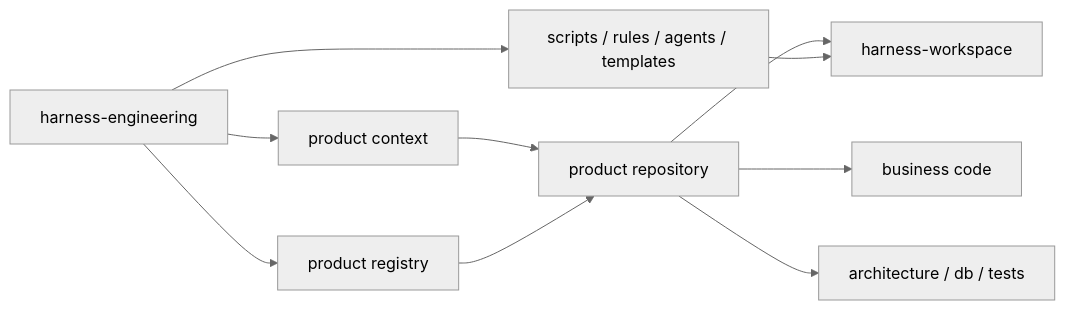
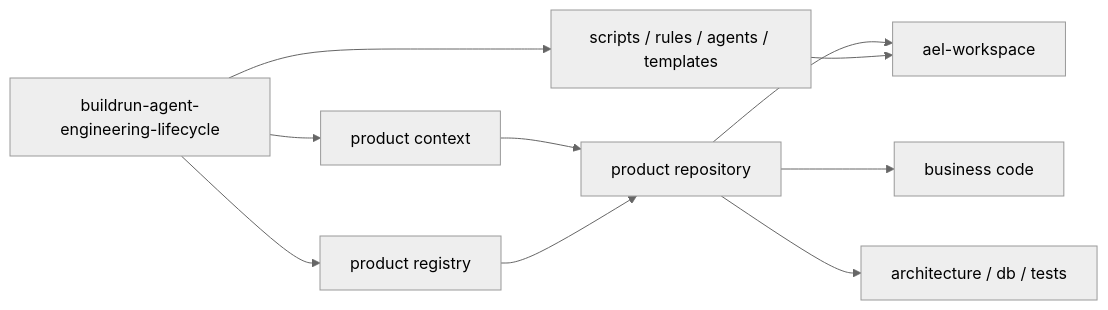
One commit to goBuildRun/harness-engineering changed the first of 3 diagrams in ARCHITECTURE.md. Above: the diagram before and after it, drawn with Mermaid (neutral theme). The commit also changed other lines of this file and 552 other files, not shown here.

````diff
--- a/ARCHITECTURE.md
+++ b/ARCHITECTURE.md
@@ -19,21 +19,21 @@
 ```mermaid
 flowchart LR
-  H["harness-engineering"]
+  H["buildrun-agent-engineering-lifecycle"]
   R["product registry"]
   C["product context"]
   S["scripts / rules / agents / templates"]
   P["product repository"]
-  W["harness-workspace"]
+  W["ael-workspace"]
   B["business code"]
   D["architecture / db / tests"]
 
   H --> R
   H --> C
   H --> S
   C --> P
   R --> P
   P --> W
   P --> B
   P --> D
   S --> W
 ```
````
